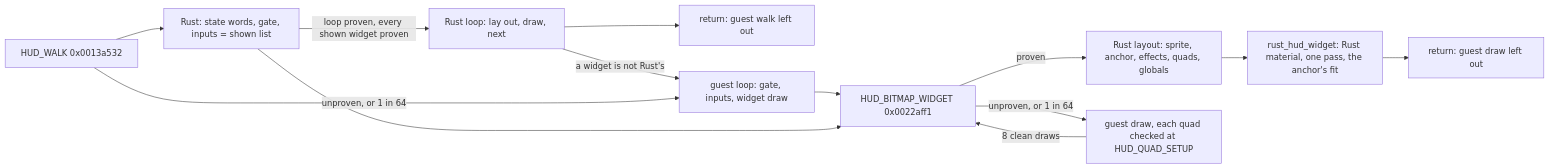
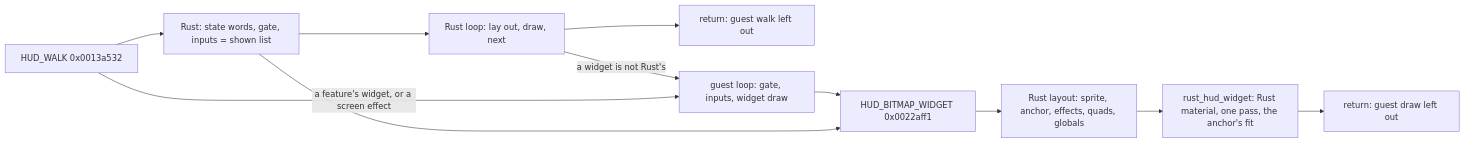
Before and after one commit to 0xdeafcafe/h2r: the third of 5 diagrams in docs/graphics/native-hud-overlay.md, drawn with Mermaid. The commit also changed other lines of this file and 6 other files, not shown here.

Commit message:
UI stage: every shader quad and widget draws natively from its first draw; no proof against a guest draw

````diff
--- a/docs/graphics/native-hud-overlay.md
+++ b/docs/graphics/native-hud-overlay.md
@@ -115,15 +109,13 @@
 ```mermaid
 flowchart LR
   W[HUD_WALK 0x0013a532] --> S[Rust: state words, gate, inputs = shown list]
-  S -->|loop proven, every shown widget proven| O[Rust loop: lay out, draw, next]
+  S --> O[Rust loop: lay out, draw, next]
   O --> R[return: guest walk left out]
   O -->|a widget is not Rust's| G
-  W -->|unproven, or 1 in 64| G[guest loop: gate, inputs, widget draw]
+  W -->|a feature's widget, or a screen effect| G[guest loop: gate, inputs, widget draw]
   G --> B[HUD_BITMAP_WIDGET 0x0022aff1]
   S --> B
-  B -->|proven| L[Rust layout: sprite, anchor, effects, quads, globals]
+  B --> L[Rust layout: sprite, anchor, effects, quads, globals]
   L --> H[rust_hud_widget: Rust material, one pass, the anchor's fit]
   H --> X[return: guest draw left out]
-  B -->|unproven, or 1 in 64| Q[guest draw, each quad checked at HUD_QUAD_SETUP]
-  Q -->|8 clean draws| B
 ```
````
